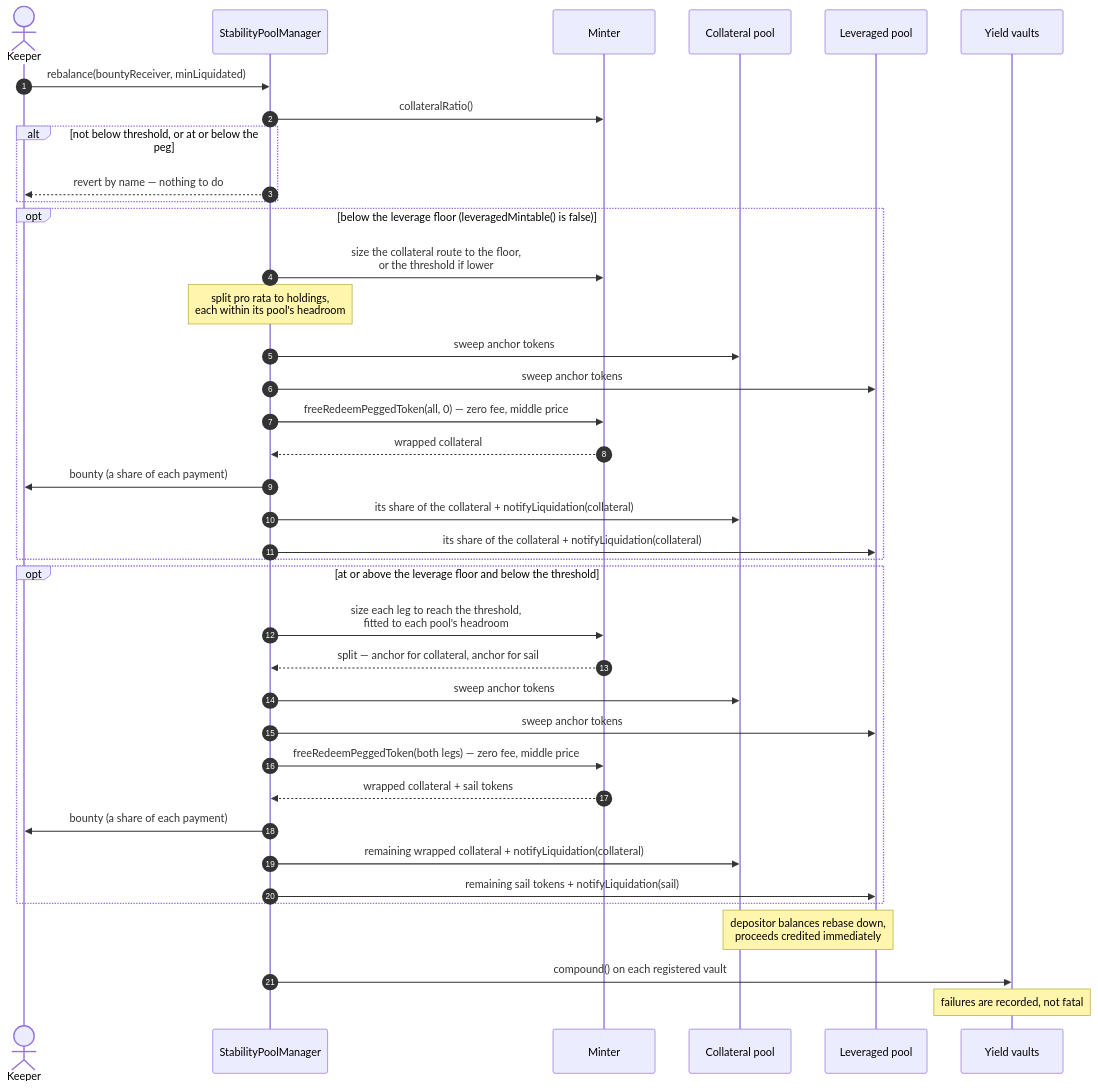
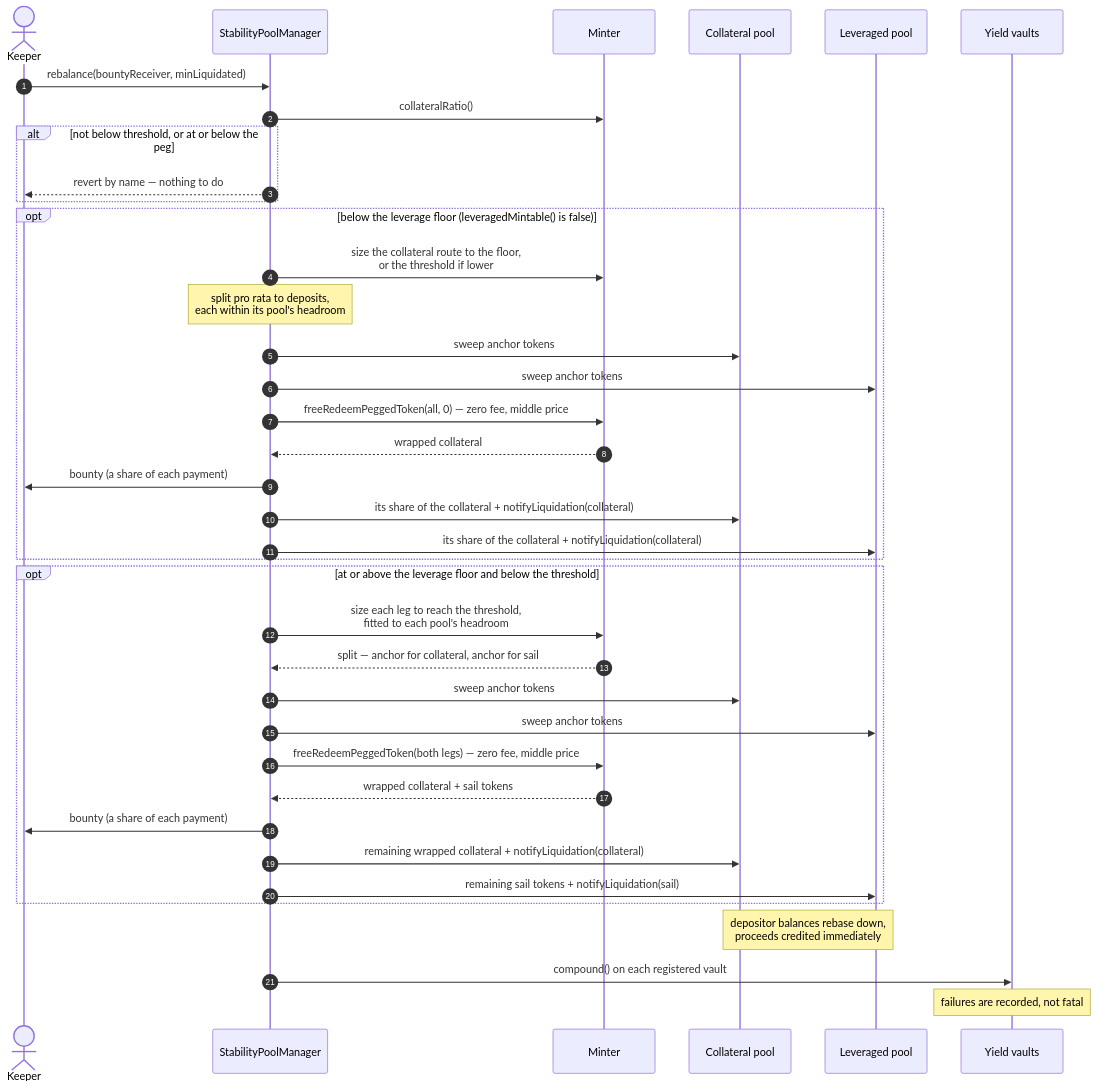
The eighth of 16 diagrams in doc/functional-spec.md (baofinance/harbor), drawn with Mermaid before and after one commit. The commit also changed other lines of this file and 5 other files, not shown here.

````diff
--- a/doc/functional-spec.md
+++ b/doc/functional-spec.md
@@ -1317,44 +1317,44 @@
 ```mermaid
 sequenceDiagram
     autonumber
     actor K as Keeper
     participant SPM as StabilityPoolManager
     participant M as Minter
     participant PC as Collateral pool
     participant PL as Leveraged pool
     participant YV as Yield vaults
 
     K->>SPM: rebalance(bountyReceiver, minLiquidated)
     SPM->>M: collateralRatio()
     alt not below threshold, or at or below the peg
         SPM-->>K: revert by name — nothing to do
     end
 
     opt below the leverage floor (leveragedMintable() is false)
         SPM->>M: size the collateral route to the floor,<br/>or the threshold if lower
-        note over SPM: split pro rata to holdings,<br/>each within its pool's headroom
+        note over SPM: split pro rata to deposits,<br/>each within its pool's headroom
         SPM->>PC: sweep anchor tokens
         SPM->>PL: sweep anchor tokens
         SPM->>M: freeRedeemPeggedToken(all, 0) — zero fee, middle price
         M-->>SPM: wrapped collateral
         SPM->>K: bounty (a share of each payment)
         SPM->>PC: its share of the collateral + notifyLiquidation(collateral)
         SPM->>PL: its share of the collateral + notifyLiquidation(collateral)
     end
 
     opt at or above the leverage floor and below the threshold
         SPM->>M: size each leg to reach the threshold,<br/>fitted to each pool's headroom
         M-->>SPM: split — anchor for collateral, anchor for sail
         SPM->>PC: sweep anchor tokens
         SPM->>PL: sweep anchor tokens
         SPM->>M: freeRedeemPeggedToken(both legs) — zero fee, middle price
         M-->>SPM: wrapped collateral + sail tokens
         SPM->>K: bounty (a share of each payment)
         SPM->>PC: remaining wrapped collateral + notifyLiquidation(collateral)
         SPM->>PL: remaining sail tokens + notifyLiquidation(sail)
     end
     note over PC,PL: depositor balances rebase down,<br/>proceeds credited immediately
 
     SPM->>YV: compound() on each registered vault
     note over YV: failures are recorded, not fatal
 ```
````
